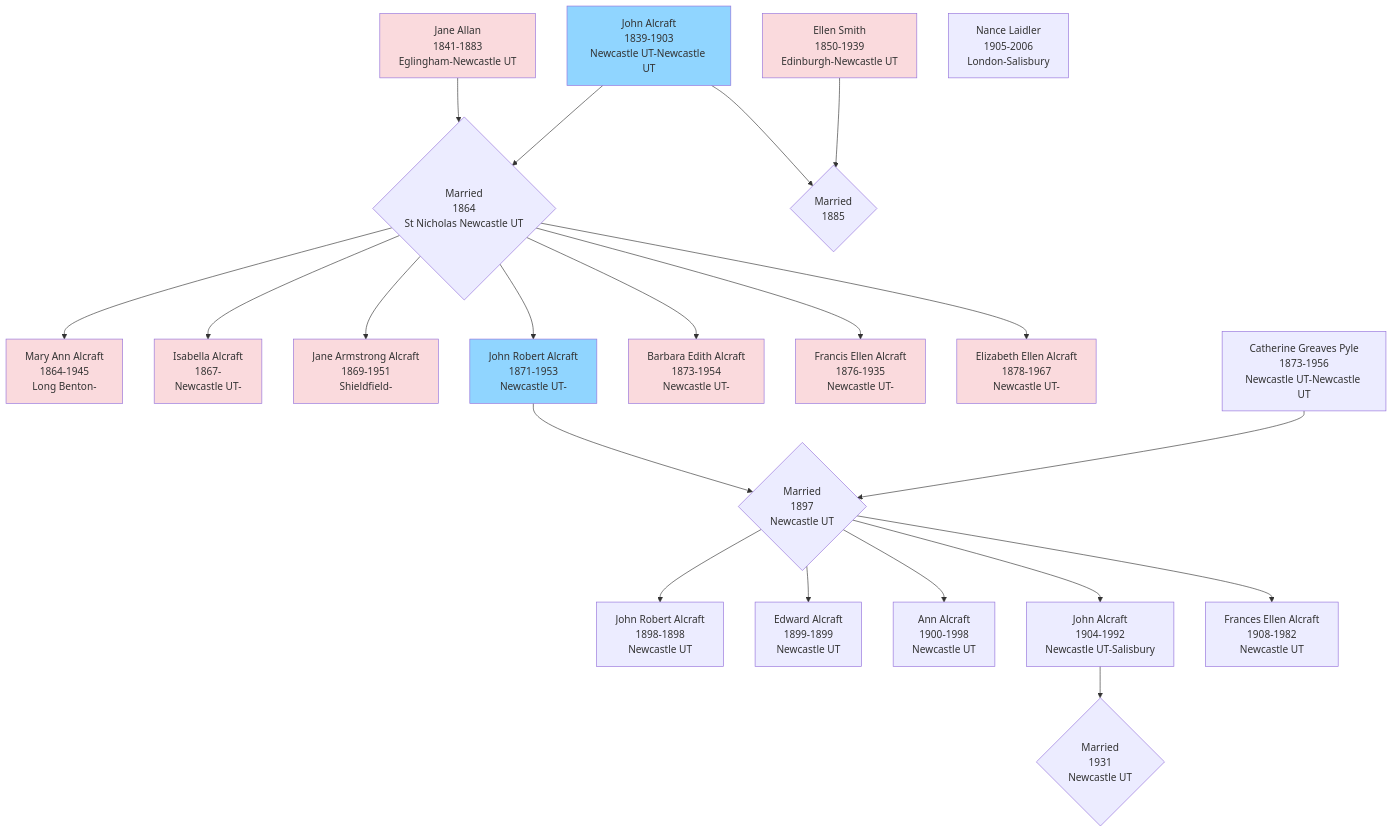
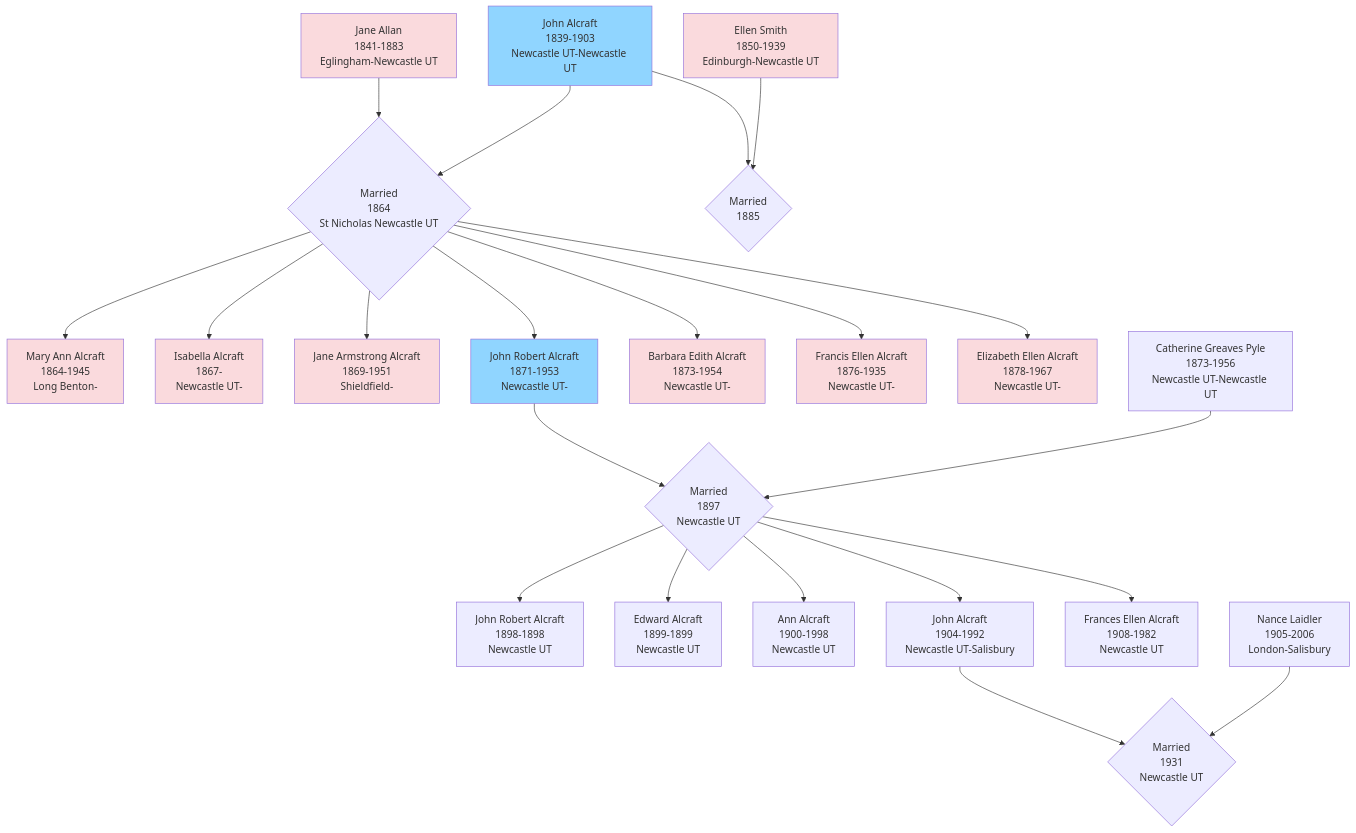
Before and after one commit to RachelAlcraft/family-tree: the diagram in docs/index.md, drawn with Mermaid.

````diff
--- a/docs/index.md
+++ b/docs/index.md
@@ -6,43 +6,44 @@
 ``` mermaid
 flowchart TD  
 JA1[John Alcraft\n1839-1903\nNewcastle UT-Newcastle UT] --> JAJA{Married\n1864\nSt Nicholas Newcastle UT};
 JA2[Jane Allan\n1841-1883\nEglingham-Newcastle UT] --> JAJA;
 ES[Ellen Smith\n1850-1939\nEdinburgh-Newcastle UT] --> JAES{Married\n1885};
 JA1 --> JAES
 JAJA -->MAA[Mary Ann Alcraft\n1864-1945\nLong Benton-];
 JAJA -->IA[Isabella Alcraft\n1867-\nNewcastle UT-];
 JAJA -->JAA[Jane Armstrong Alcraft\n1869-1951\nShieldfield-];
 JAJA -->JRA[John Robert Alcraft\n1871-1953\nNewcastle UT-];
 JAJA -->BEA[Barbara Edith Alcraft\n1873-1954\nNewcastle UT-];
 JAJA -->FEA[Francis Ellen Alcraft\n1876-1935\nNewcastle UT-];
 JAJA -->EEA[Elizabeth Ellen Alcraft\n1878-1967\nNewcastle UT-];
 
 JRA --> JRACGP{Married\n1897\nNewcastle UT};
 CGP[Catherine Greaves Pyle\n1873-1956\nNewcastle UT-Newcastle UT];
 CGP --> JRACGP;
 JRACGP --> JRA2[John Robert Alcraft\n1898-1898\nNewcastle UT];
 JRACGP --> EA[Edward Alcraft\n1899-1899\nNewcastle UT];
 JRACGP --> AA[Ann Alcraft\n1900-1998\nNewcastle UT];
 JRACGP --> JA3[John Alcraft\n1904-1992\nNewcastle UT-Salisbury];
 JRACGP --> FEA2[Frances Ellen Alcraft\n1908-1982\nNewcastle UT];
 
-JA3 --> JA3NL{Married\n1931\nNewcastle UT}
-NL[Nance Laidler\n1905-2006\nLondon-Salisbury]
+JA3 --> JA3NL{Married\n1931\nNewcastle UT};
+NL[Nance Laidler\n1905-2006\nLondon-Salisbury];
+NL --> JA3NL;
 
 style JA1 fill:#90d5ff
 click JA1 "jones" "JA1"
 style JRA fill:#90d5ff
 
 style JA2 fill:#FADADD
 click JA2 "jones" "JA2"
 style ES fill:#FADADD
 style MAA fill:#FADADD
 style IA fill:#FADADD
 style JAA fill:#FADADD
 style BEA fill:#FADADD
 style FEA fill:#FADADD
 style EEA fill:#FADADD
 
 
 
 ```
````
